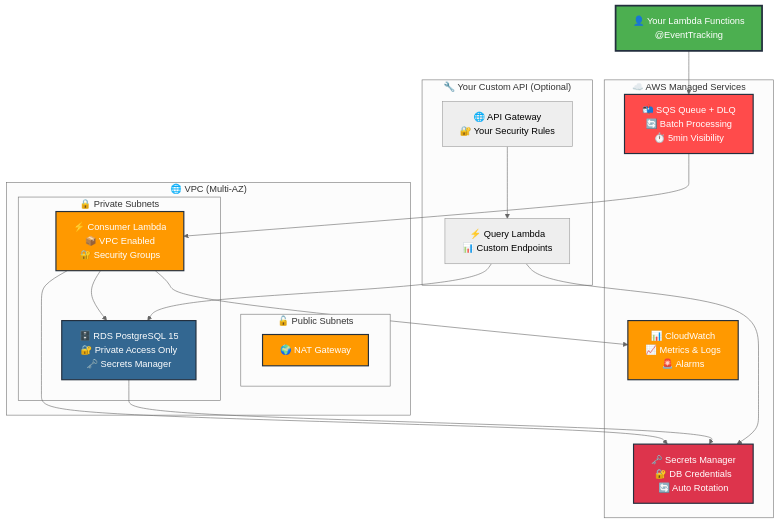
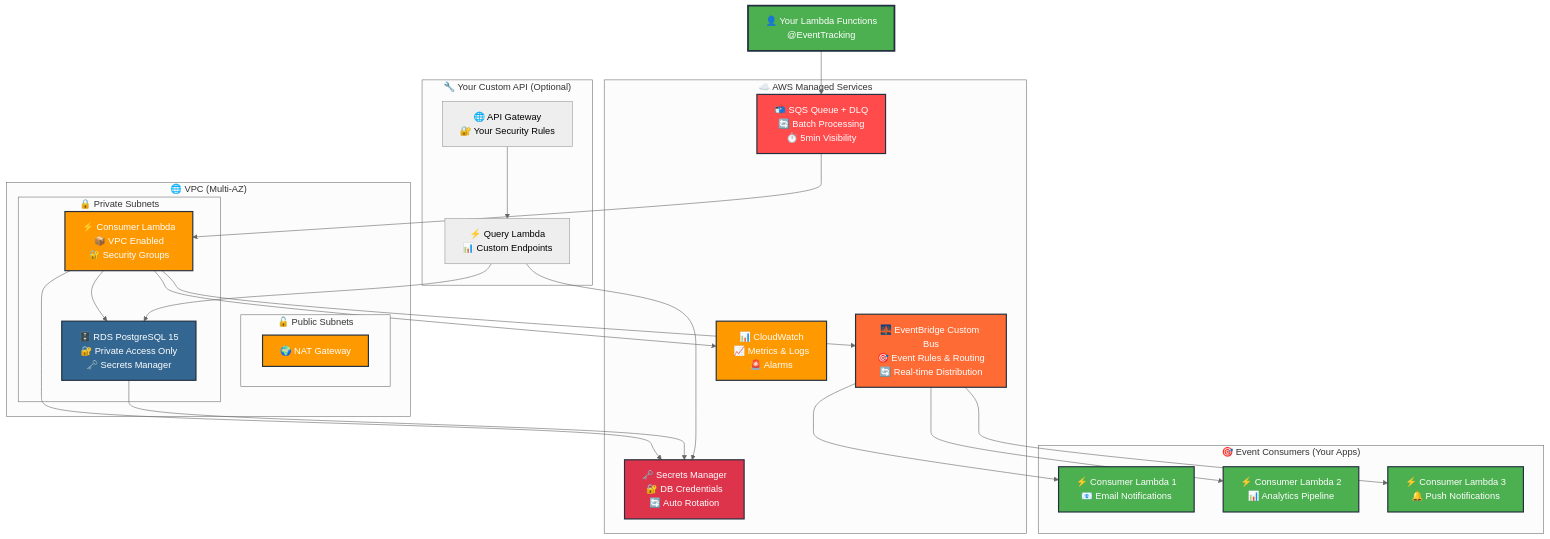
Before and after one commit to ToldYaOnce/kx-event-tracking: the second of 4 diagrams in README.md, drawn with Mermaid (neutral theme). The commit also changed other lines of this file and 29 other files, not shown here.

````diff
--- a/README.md
+++ b/README.md
@@ -33,43 +37,59 @@
 ```mermaid
 graph TB
     subgraph "🌐 VPC (Multi-AZ)"
         subgraph "🔓 Public Subnets"
             NAT["🌍 NAT Gateway"]
         end
         
         subgraph "🔒 Private Subnets"
             LAMBDA["⚡ Consumer Lambda<br/>📦 VPC Enabled<br/>🔐 Security Groups"]
             RDS["🗄️ RDS PostgreSQL 15<br/>🔐 Private Access Only<br/>🗝️ Secrets Manager"]
         end
     end
     
     subgraph "☁️ AWS Managed Services"
         SQS["📬 SQS Queue + DLQ<br/>🔄 Batch Processing<br/>⏱️ 5min Visibility"]
+        EB["🌉 EventBridge Custom Bus<br/>🎯 Event Rules & Routing<br/>🔄 Real-time Distribution"]
         SECRETS["🗝️ Secrets Manager<br/>🔐 DB Credentials<br/>🔄 Auto Rotation"]
         CW["📊 CloudWatch<br/>📈 Metrics & Logs<br/>🚨 Alarms"]
     end
     
     subgraph "🔧 Your Custom API (Optional)"
         API["🌐 API Gateway<br/>🔐 Your Security Rules"]
         QUERY["⚡ Query Lambda<br/>📊 Custom Endpoints"]
     end
     
     USER["👤 Your Lambda Functions<br/>@EventTracking"] --> SQS
     SQS --> LAMBDA
     LAMBDA --> RDS
+    LAMBDA --> EB
     LAMBDA --> SECRETS
     LAMBDA --> CW
     RDS --> SECRETS
     
     API --> QUERY
     QUERY --> RDS
     QUERY --> SECRETS
     
+    subgraph "🎯 Event Consumers (Your Apps)"
+        CONSUMER1["⚡ Consumer Lambda 1<br/>📧 Email Notifications"]
+        CONSUMER2["⚡ Consumer Lambda 2<br/>📊 Analytics Pipeline"]
+        CONSUMER3["⚡ Consumer Lambda 3<br/>🔔 Push Notifications"]
+    end
+    
+    EB --> CONSUMER1
+    EB --> CONSUMER2
+    EB --> CONSUMER3
+    
     style USER fill:#4CAF50,stroke:#232f3e,stroke-width:3px,color:#fff
     style SQS fill:#ff4b4b,stroke:#232f3e,stroke-width:2px,color:#fff
     style LAMBDA fill:#ff9900,stroke:#232f3e,stroke-width:2px,color:#fff
     style RDS fill:#336791,stroke:#232f3e,stroke-width:2px,color:#fff
+    style EB fill:#ff6b35,stroke:#232f3e,stroke-width:2px,color:#fff
     style SECRETS fill:#dd344c,stroke:#232f3e,stroke-width:2px,color:#fff
     style CW fill:#ff9900,stroke:#232f3e,stroke-width:2px,color:#fff
     style NAT fill:#ff9900,stroke:#232f3e,stroke-width:2px,color:#fff
+    style CONSUMER1 fill:#4CAF50,stroke:#232f3e,stroke-width:2px,color:#fff
+    style CONSUMER2 fill:#4CAF50,stroke:#232f3e,stroke-width:2px,color:#fff
+    style CONSUMER3 fill:#4CAF50,stroke:#232f3e,stroke-width:2px,color:#fff
 ```
````
